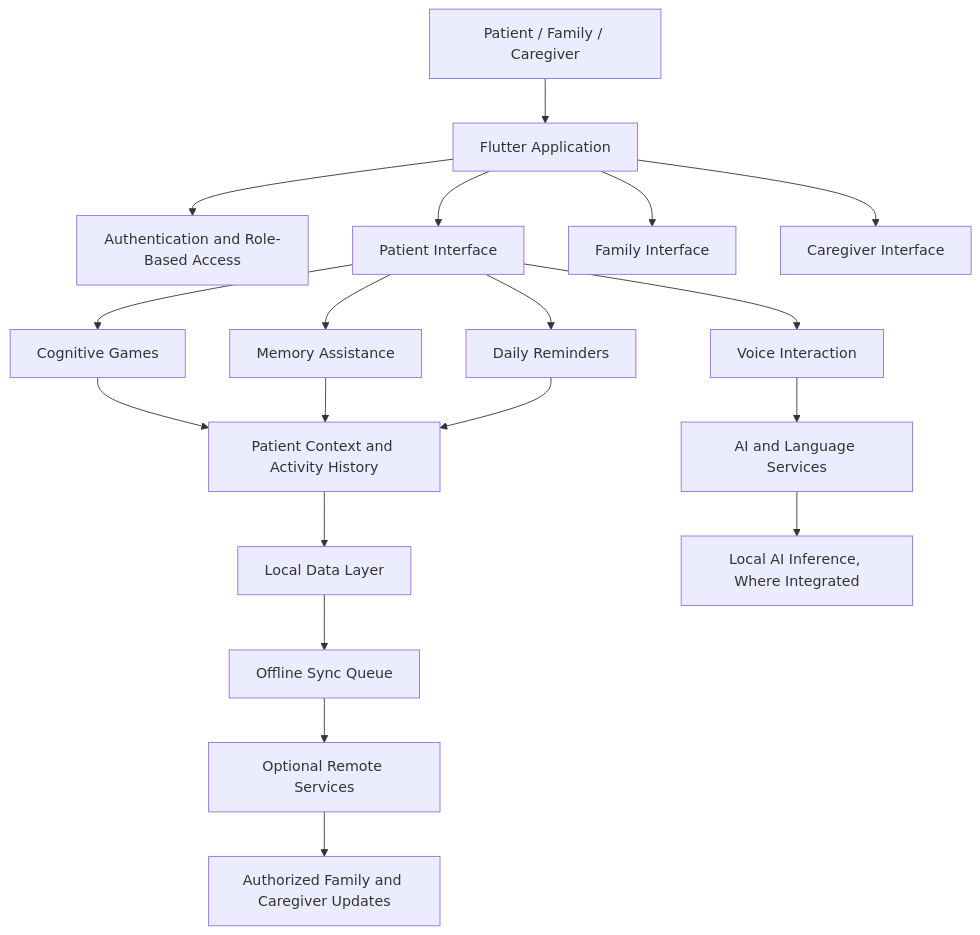
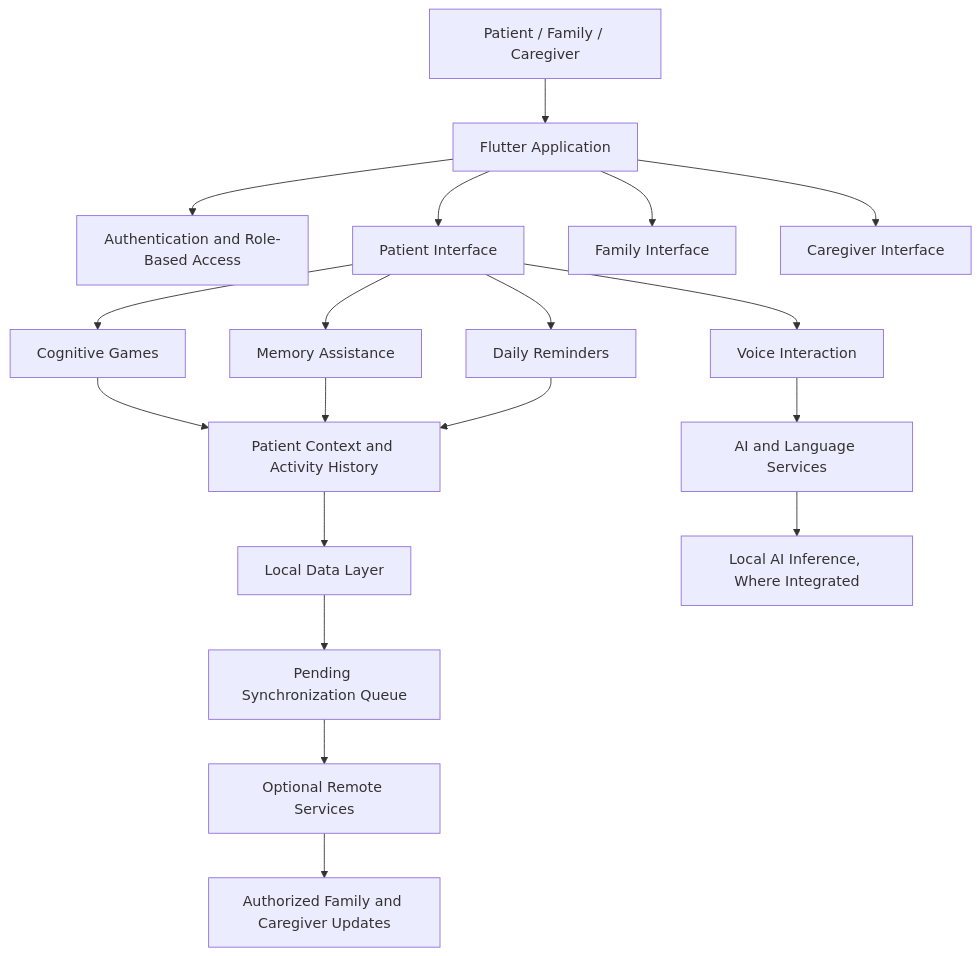
One commit to PRITAMADAK11052004/SMARAN_Asymptotics_SIH26003 changed the first of 5 diagrams in README.md. Above: the diagram before and after it, drawn with Mermaid. The commit also changed other lines of this file, not shown here.

````diff
--- a/README.md
+++ b/README.md
@@ -260,27 +252,21 @@
 ```mermaid
 flowchart TD
-    A["Patient / Family / Caregiver"] --> B["Flutter Application"]
-
-    B --> C["Authentication and Role-Based Access"]
-    B --> D["Patient Interface"]
-    B --> E["Family Interface"]
-    B --> F["Caregiver Interface"]
-
-    D --> G["Cognitive Games"]
-    D --> H["Memory Assistance"]
-    D --> I["Daily Reminders"]
-    D --> J["Voice Interaction"]
-
-    G --> K["Patient Context and Activity History"]
+    A[Patient / Family / Caregiver] --> B[Flutter Application]
+    B --> C[Authentication and Role-Based Access]
+    B --> D[Patient Interface]
+    B --> E[Family Interface]
+    B --> F[Caregiver Interface]
+    D --> G[Cognitive Games]
+    D --> H[Memory Assistance]
+    D --> I[Daily Reminders]
+    D --> J[Voice Interaction]
+    G --> K[Patient Context and Activity History]
     H --> K
     I --> K
-    J --> L["AI and Language Services"]
-
-    K --> M["Local Data Layer"]
-    L --> N["Local AI Inference, Where Integrated"]
-
-    M --> O["Offline Sync Queue"]
-    O --> P["Optional Remote Services"]
-
-    P --> Q["Authorized Family and Caregiver Updates"]
+    J --> L[AI and Language Services]
+    K --> M[Local Data Layer]
+    L --> N[Local AI Inference, Where Integrated]
+    M --> O[Pending Synchronization Queue]
+    O --> P[Optional Remote Services]
+    P --> Q[Authorized Family and Caregiver Updates]
 ```
````
